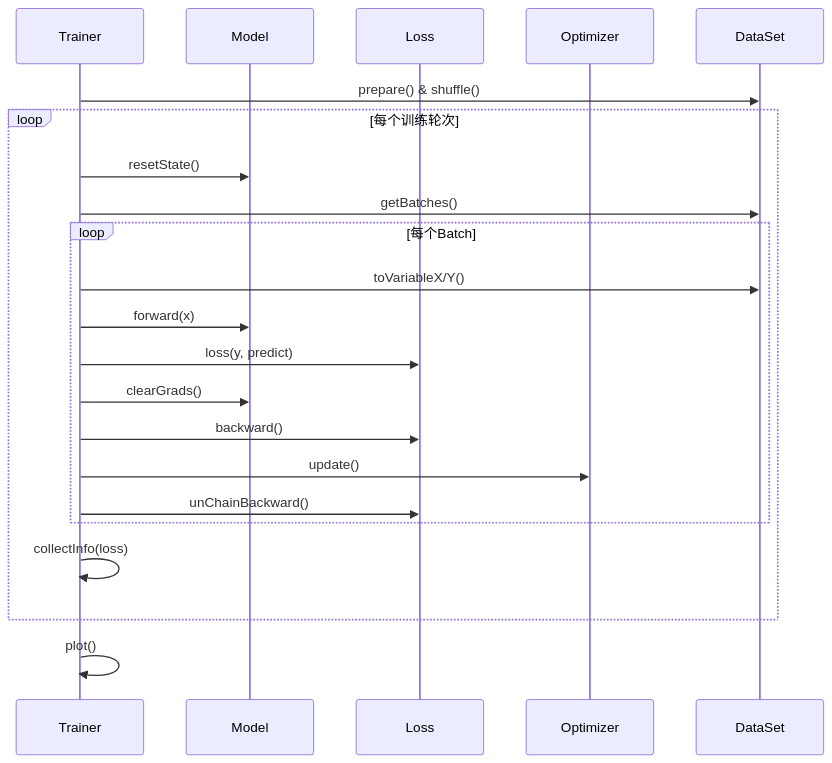
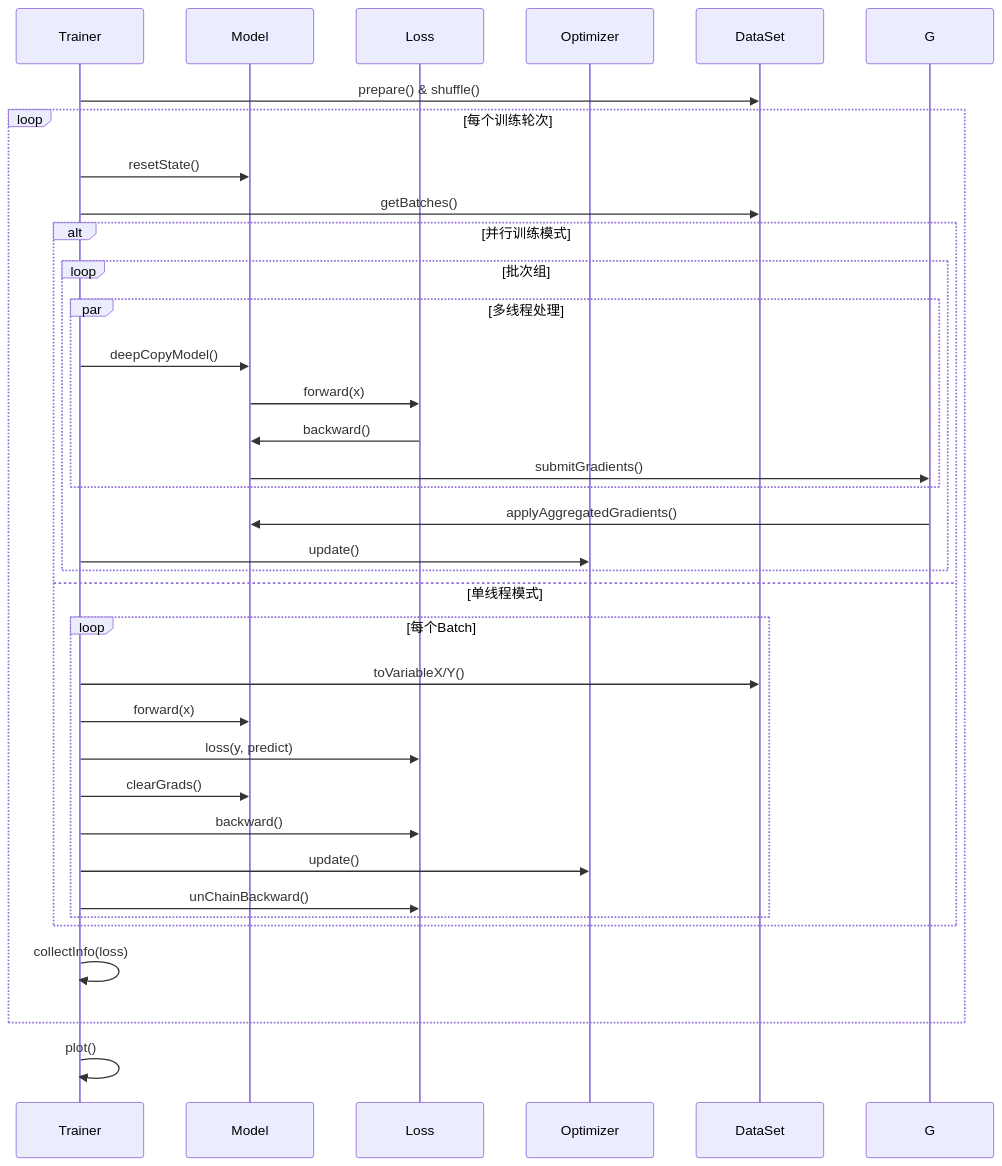
Before and after one commit to Leavesfly/TinyDL-0.01: the third of 5 diagrams in .qoder/repowiki/zh/content/示例详解/螺旋数据分类.md, drawn with Mermaid. The commit also changed other lines of this file and 6 other files, not shown here.

````diff
--- a/.qoder/repowiki/zh/content/示例详解/螺旋数据分类.md
+++ b/.qoder/repowiki/zh/content/示例详解/螺旋数据分类.md
@@ -129,24 +143,37 @@
 ```mermaid
 sequenceDiagram
 participant T as Trainer
 participant M as Model
 participant L as Loss
 participant O as Optimizer
 participant D as DataSet
 T->>D : prepare() & shuffle()
 loop 每个训练轮次
 T->>M : resetState()
 T->>D : getBatches()
+alt 并行训练模式
+loop 批次组
+par 多线程处理
+T->>M : deepCopyModel()
+M->>L : forward(x)
+L->>M : backward()
+M->>G : submitGradients()
+end
+G->>M : applyAggregatedGradients()
+T->>O : update()
+end
+else 单线程模式
 loop 每个Batch
 T->>D : toVariableX/Y()
 T->>M : forward(x)
 T->>L : loss(y, predict)
 T->>M : clearGrads()
 T->>L : backward()
 T->>O : update()
 T->>L : unChainBackward()
 end
+end
 T->>T : collectInfo(loss)
 end
 T->>T : plot()
 ```
````
